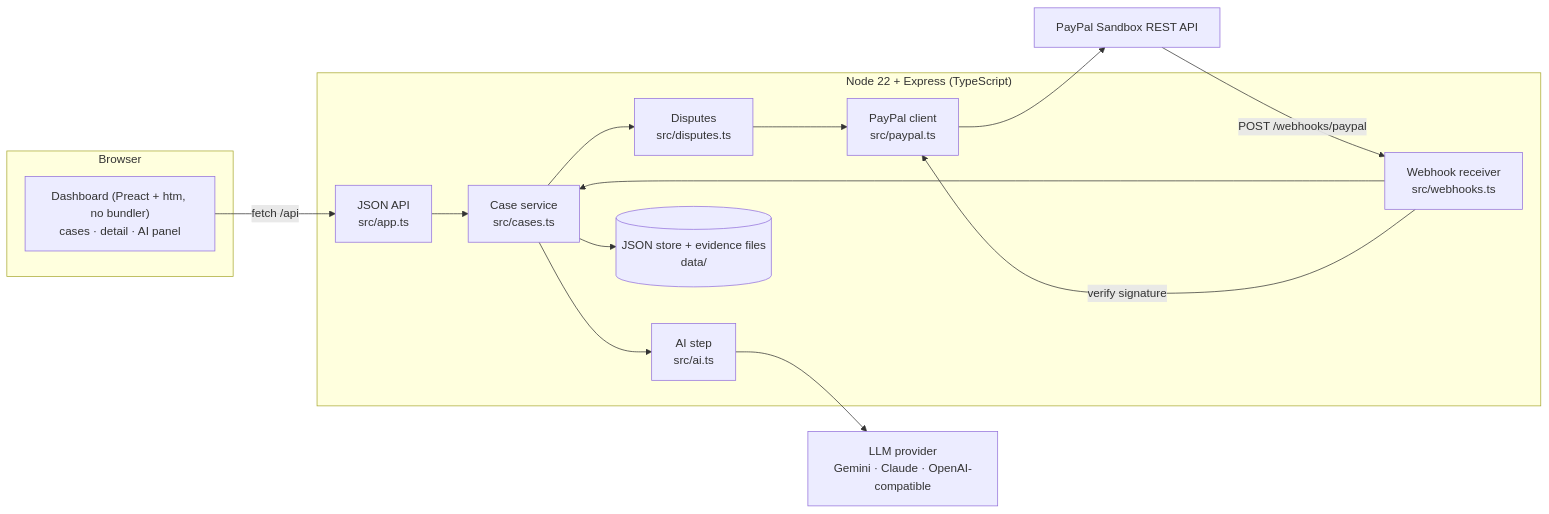
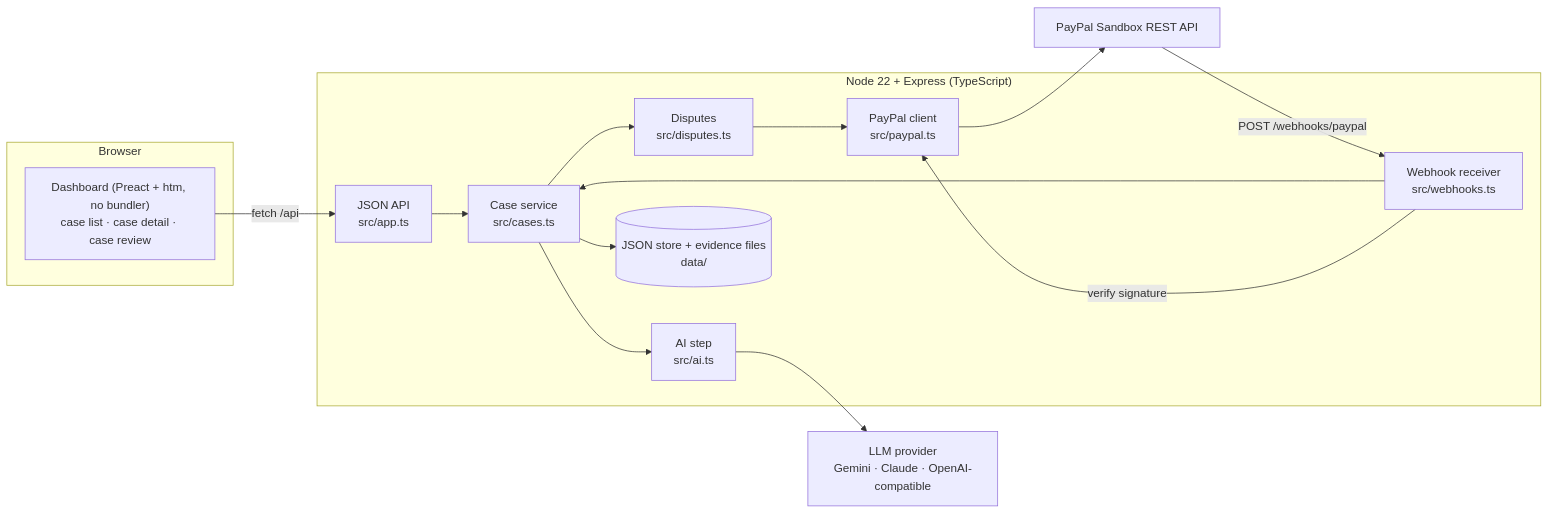
One commit to VigneshwaranKbgv/dispute-defender changed the diagram in README.md. Above: the diagram before and after it, drawn with Mermaid. The commit also changed other lines of this file and 9 other files, not shown here.

````diff
--- a/README.md
+++ b/README.md
@@ -50,24 +50,24 @@
 ```mermaid
 flowchart LR
   subgraph Browser
-    UI["Dashboard (Preact + htm, no bundler)<br/>cases · detail · AI panel"]
+    UI["Dashboard (Preact + htm, no bundler)<br/>case list · case detail · case review"]
   end
   subgraph Server["Node 22 + Express (TypeScript)"]
     API["JSON API<br/>src/app.ts"]
     CASES["Case service<br/>src/cases.ts"]
     DISP["Disputes<br/>src/disputes.ts"]
     AI["AI step<br/>src/ai.ts"]
     WH["Webhook receiver<br/>src/webhooks.ts"]
     STORE[("JSON store + evidence files<br/>data/")]
     PP["PayPal client<br/>src/paypal.ts"]
   end
   PAYPAL["PayPal Sandbox REST API"]
   LLM["LLM provider<br/>Gemini · Claude · OpenAI-compatible"]
 
   UI -->|fetch /api| API --> CASES
   CASES --> DISP --> PP --> PAYPAL
   CASES --> AI --> LLM
   CASES --> STORE
   PAYPAL -->|"POST /webhooks/paypal"| WH --> CASES
   WH -->|verify signature| PP
 ```
````
